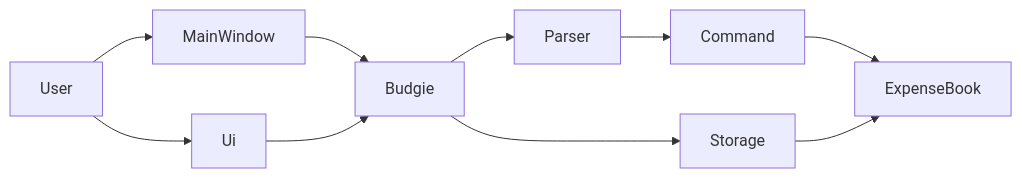
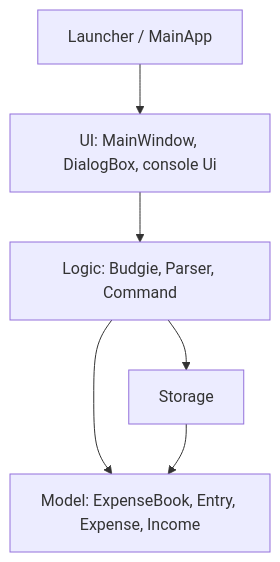
The first of 2 diagrams in docs/DeveloperGuide.md (josephkwok001/CS3227-2610-MP1), drawn with Mermaid before and after one commit. The commit also changed other lines of this file and 3 other files, not shown here.

````diff
--- a/docs/DeveloperGuide.md
+++ b/docs/DeveloperGuide.md
@@ -17,12 +20,14 @@
 ```mermaid
-flowchart LR
-  user[User] --> gui[MainWindow]
-  user --> cli[Ui]
-  gui --> budgie[Budgie]
-  cli --> budgie
-  budgie --> parser[Parser]
-  parser --> command[Command]
-  command --> book[ExpenseBook]
-  budgie --> storage[Storage]
-  storage --> book
+flowchart TB
+  launcher[Launcher / MainApp]
+  ui[UI: MainWindow, DialogBox, console Ui]
+  logic[Logic: Budgie, Parser, Command]
+  model[Model: ExpenseBook, Entry, Expense, Income]
+  storage[Storage]
+
+  launcher --> ui
+  ui --> logic
+  logic --> model
+  logic --> storage
+  storage --> model
 ```
````
